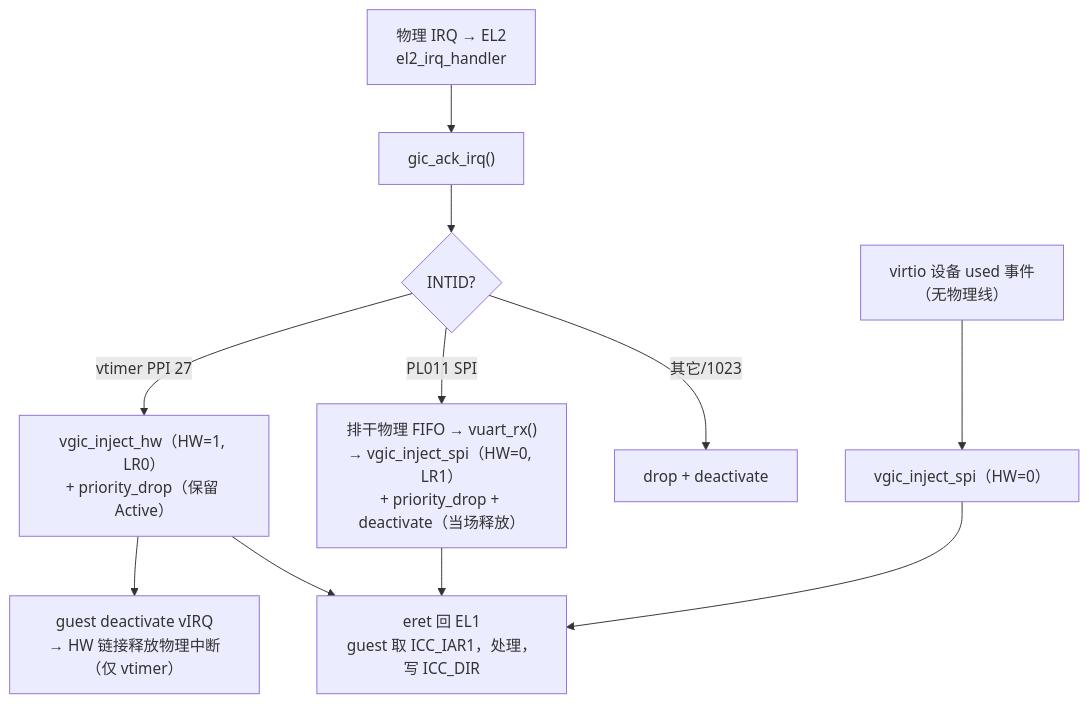
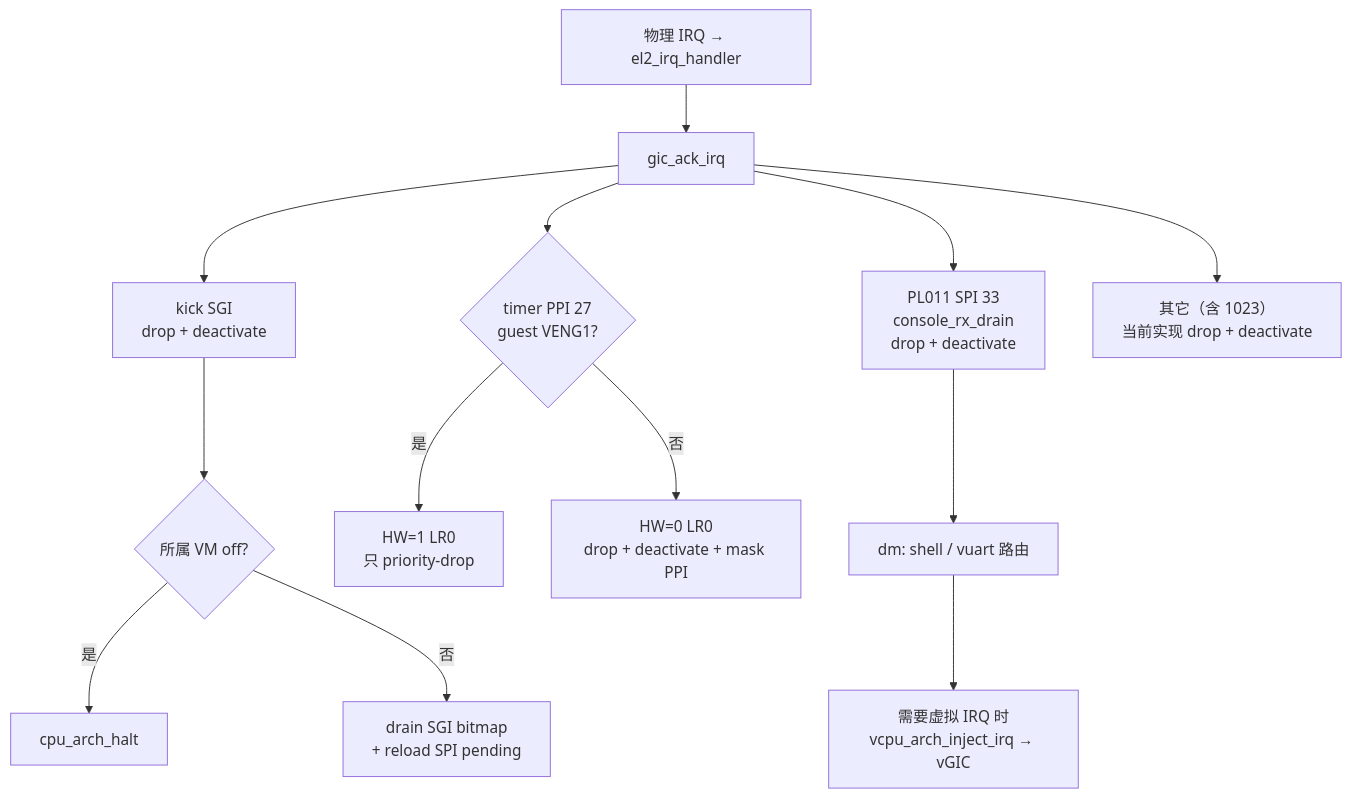
The second of 2 diagrams in docs/reference/arm/vgic-injection.md (James7zy/hypervisor), drawn with Mermaid before and after one commit. The commit also changed other lines of this file and 14 other files, not shown here.

First line of the commit message:
[docs][docs] architecture: Refresh guidance after boundary extraction

````diff
--- a/docs/reference/arm/vgic-injection.md
+++ b/docs/reference/arm/vgic-injection.md
@@ -137,13 +112,15 @@
 ```mermaid
 flowchart TD
-    P["物理 IRQ → EL2<br/>el2_irq_handler"] --> A["gic_ack_irq()"]
-    A --> B{INTID?}
-    B -->|"vtimer PPI 27"| C["vgic_inject_hw（HW=1, LR0）<br/>+ priority_drop（保留 Active）"]
-    B -->|"PL011 SPI"| D["排干物理 FIFO → vuart_rx()<br/>→ vgic_inject_spi（HW=0, LR1）<br/>+ priority_drop + deactivate（当场释放）"]
-    B -->|"其它/1023"| E["drop + deactivate"]
-    V["virtio 设备 used 事件<br/>（无物理线）"] --> F["vgic_inject_spi（HW=0）"]
-    C --> G["eret 回 EL1<br/>guest 取 ICC_IAR1，处理，写 ICC_DIR"]
-    D --> G
-    F --> G
-    C --> H["guest deactivate vIRQ<br/>→ HW 链接释放物理中断（仅 vtimer）"]
+    P["物理 IRQ → el2_irq_handler"] --> A["gic_ack_irq"]
+    A --> K["kick SGI<br/>drop + deactivate"]
+    K --> OFF{"所属 VM off?"}
+    OFF -->|"是"| HALT["cpu_arch_halt"]
+    OFF -->|"否"| RELOAD["drain SGI bitmap<br/>+ reload SPI pending"]
+    A --> TIMER{"timer PPI 27<br/>guest VENG1?"}
+    TIMER -->|"是"| HW["HW=1 LR0<br/>只 priority-drop"]
+    TIMER -->|"否"| SW["HW=0 LR0<br/>drop + deactivate + mask PPI"]
+    A --> UART["PL011 SPI 33<br/>console_rx_drain<br/>drop + deactivate"]
+    UART --> DM["dm: shell / vuart 路由"]
+    DM --> HOOK["需要虚拟 IRQ 时<br/>vcpu_arch_inject_irq → vGIC"]
+    A --> OTHER["其它（含 1023）<br/>当前实现 drop + deactivate"]
 ```
````
